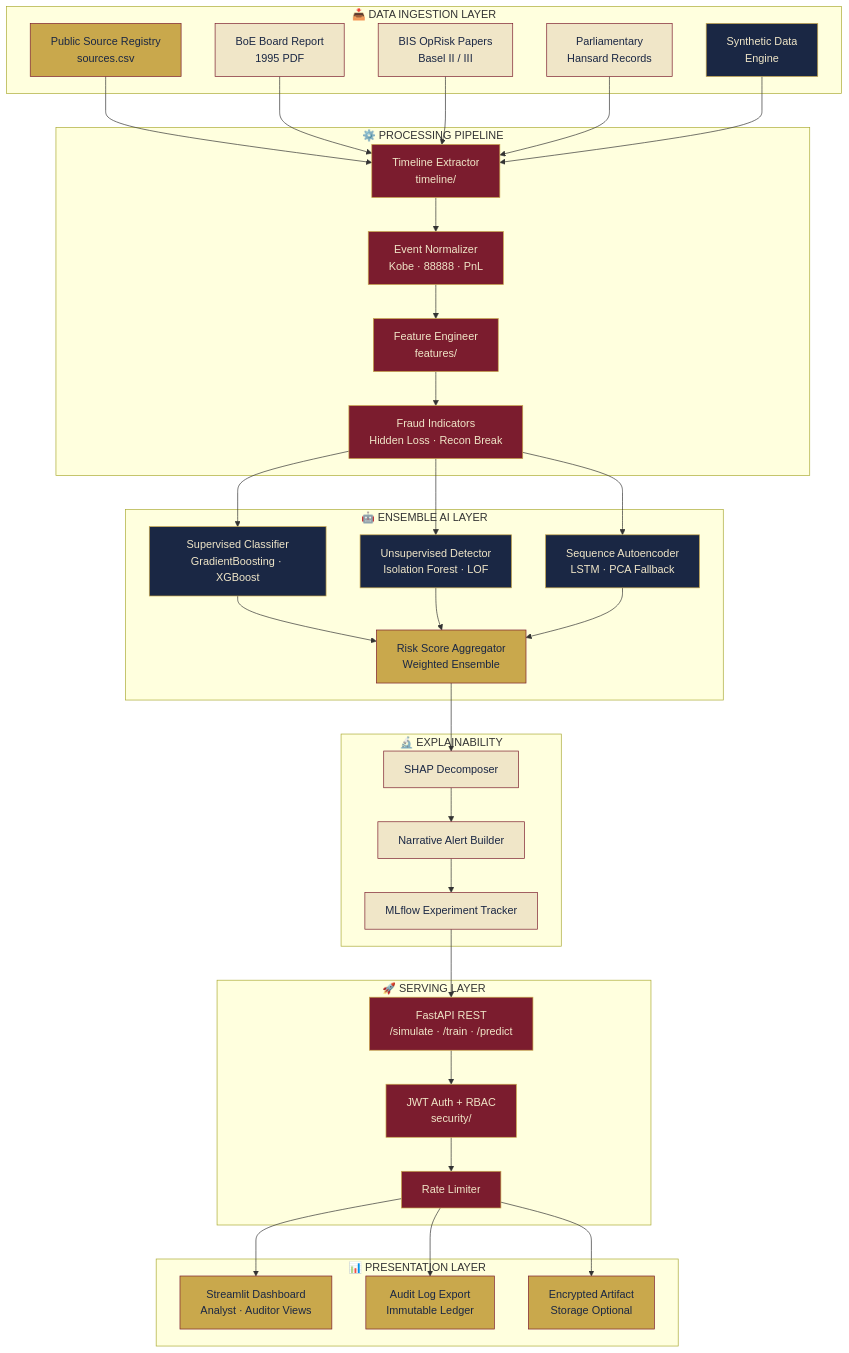
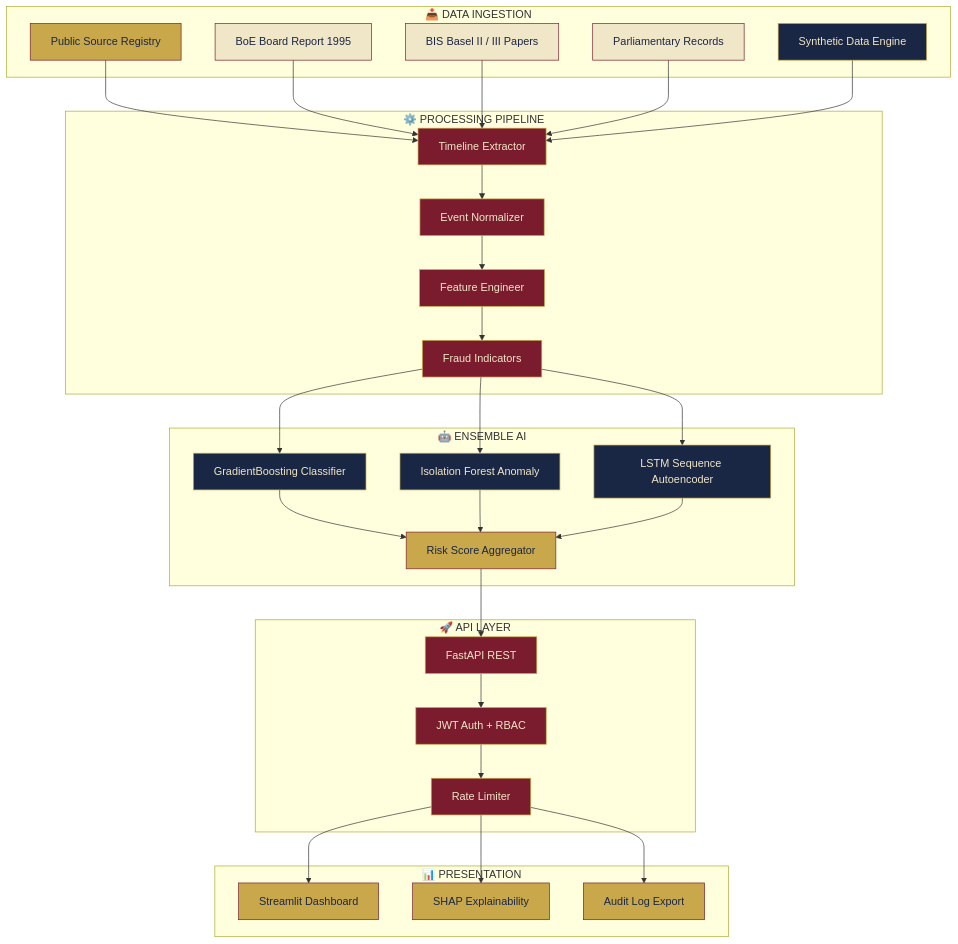
The first of 3 diagrams in README.md (maykonlincolnusa/Barings-Bank-collapse), drawn with Mermaid before and after one commit. The commit also changed other lines of this file, not shown here.

````diff
--- a/README.md
+++ b/README.md
@@ -139,56 +111,48 @@
 ```mermaid
 flowchart TD
     classDef burgundy fill:#7B1C2E,stroke:#C9A84C,color:#F0E6C8
-    classDef gold    fill:#C9A84C,stroke:#7B1C2E,color:#1A2744
-    classDef navy    fill:#1A2744,stroke:#C9A84C,color:#F0E6C8
-    classDef cream   fill:#F0E6C8,stroke:#7B1C2E,color:#1A2744
+    classDef gold     fill:#C9A84C,stroke:#7B1C2E,color:#1A2744
+    classDef navy     fill:#1A2744,stroke:#C9A84C,color:#F0E6C8
+    classDef cream    fill:#F0E6C8,stroke:#7B1C2E,color:#1A2744
 
-    subgraph INGESTION["📥 DATA INGESTION LAYER"]
-        A1[Public Source Registry\nsources.csv]:::gold
-        A2[BoE Board Report\n1995 PDF]:::cream
-        A3[BIS OpRisk Papers\nBasel II / III]:::cream
-        A4[Parliamentary\nHansard Records]:::cream
-        A5[Synthetic Data\nEngine]:::navy
+    subgraph INGEST["📥 DATA INGESTION"]
+        A1[Public Source Registry]:::gold
+        A2[BoE Board Report 1995]:::cream
+        A3[BIS Basel II / III Papers]:::cream
+        A4[Parliamentary Records]:::cream
+        A5[Synthetic Data Engine]:::navy
     end
 
     subgraph PIPELINE["⚙️ PROCESSING PIPELINE"]
-        B1[Timeline Extractor\ntimeline/]:::burgundy
-        B2[Event Normalizer\nKobe · 88888 · PnL]:::burgundy
-        B3[Feature Engineer\nfeatures/]:::burgundy
-        B4[Fraud Indicators\nHidden Loss · Recon Break]:::burgundy
+        B1[Timeline Extractor]:::burgundy
+        B2[Event Normalizer]:::burgundy
+        B3[Feature Engineer]:::burgundy
+        B4[Fraud Indicators]:::burgundy
     end
 
-    subgraph MODELS["🤖 ENSEMBLE AI LAYER"]
-        C1[Supervised Classifier\nGradientBoosting · XGBoost]:::navy
-        C2[Unsupervised Detector\nIsolation Forest · LOF]:::navy
-        C3[Sequence Autoencoder\nLSTM · PCA Fallback]:::navy
-        C4[Risk Score Aggregator\nWeighted Ensemble]:::gold
+    subgraph MODELS["🤖 ENSEMBLE AI"]
+        C1[GradientBoosting Classifier]:::navy
+        C2[Isolation Forest Anomaly]:::navy
+        C3[LSTM Sequence Autoencoder]:::navy
+        C4[Risk Score Aggregator]:::gold
     end
 
-    subgraph EXPLAIN["🔬 EXPLAINABILITY"]
-        D1[SHAP Decomposer]:::cream
-        D2[Narrative Alert Builder]:::cream
-        D3[MLflow Experiment Tracker]:::cream
+    subgraph SERVING["🚀 API LAYER"]
+        D1[FastAPI REST]:::burgundy
+        D2[JWT Auth + RBAC]:::burgundy
+        D3[Rate Limiter]:::burgundy
     end
 
-    subgraph SERVING["🚀 SERVING LAYER"]
-        E1[FastAPI REST\n/simulate · /train · /predict]:::burgundy
-        E2[JWT Auth + RBAC\nsecurity/]:::burgundy
-        E3[Rate Limiter]:::burgundy
-    end
-
-    subgraph PRESENTATION["📊 PRESENTATION LAYER"]
-        F1[Streamlit Dashboard\nAnalyst · Auditor Views]:::gold
-        F2[Audit Log Export\nImmutable Ledger]:::gold
-        F3[Encrypted Artifact\nStorage Optional]:::gold
+    subgraph OUTPUT["📊 PRESENTATION"]
+        E1[Streamlit Dashboard]:::gold
+        E2[SHAP Explainability]:::gold
+        E3[Audit Log Export]:::gold
     end
 
     A1 & A2 & A3 & A4 & A5 --> B1
     B1 --> B2 --> B3 --> B4
     B4 --> C1 & C2 & C3
     C1 & C2 & C3 --> C4
     C4 --> D1 --> D2 --> D3
-    D3 --> E1
-    E1 --> E2 --> E3
-    E3 --> F1 & F2 & F3
+    D3 --> E1 & E2 & E3
 ```
````
